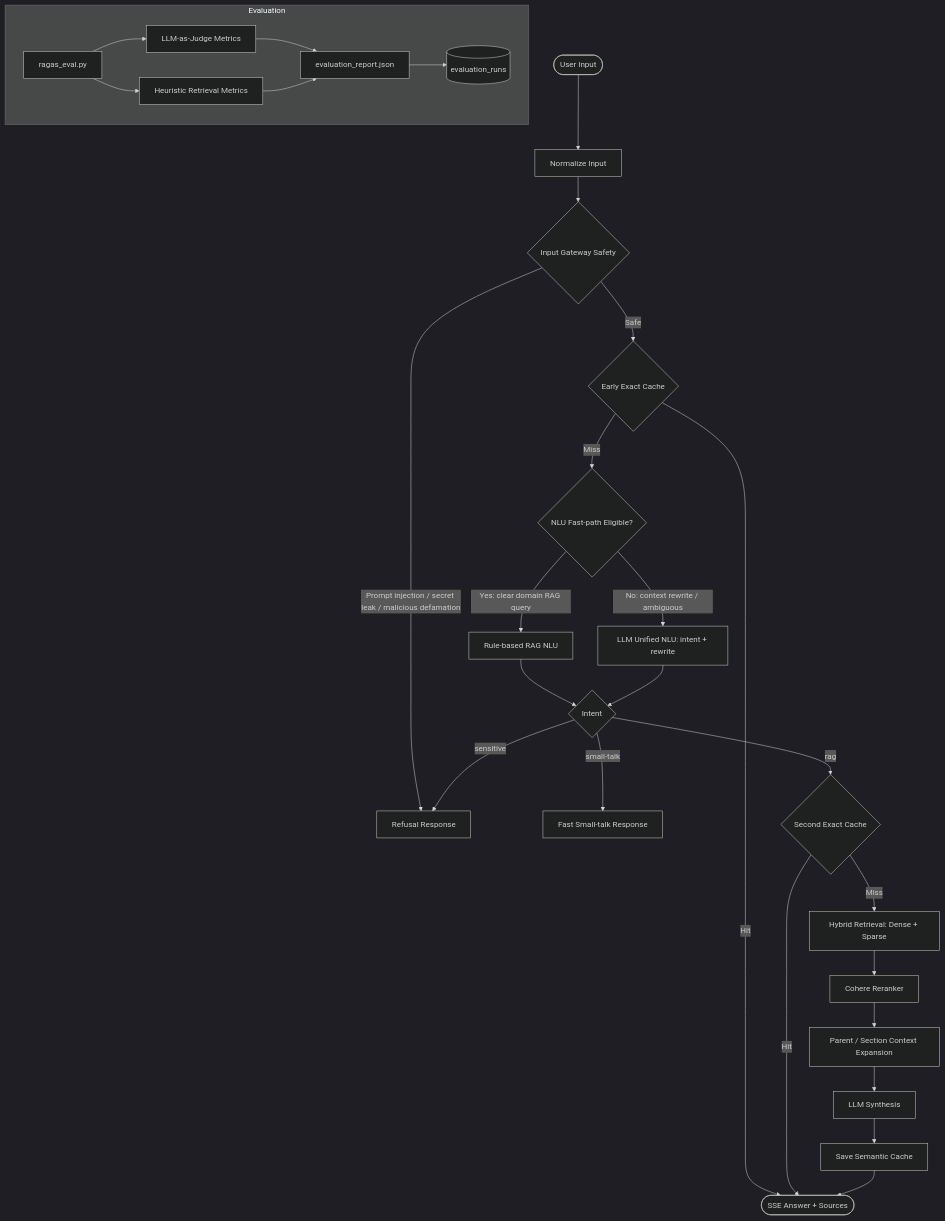
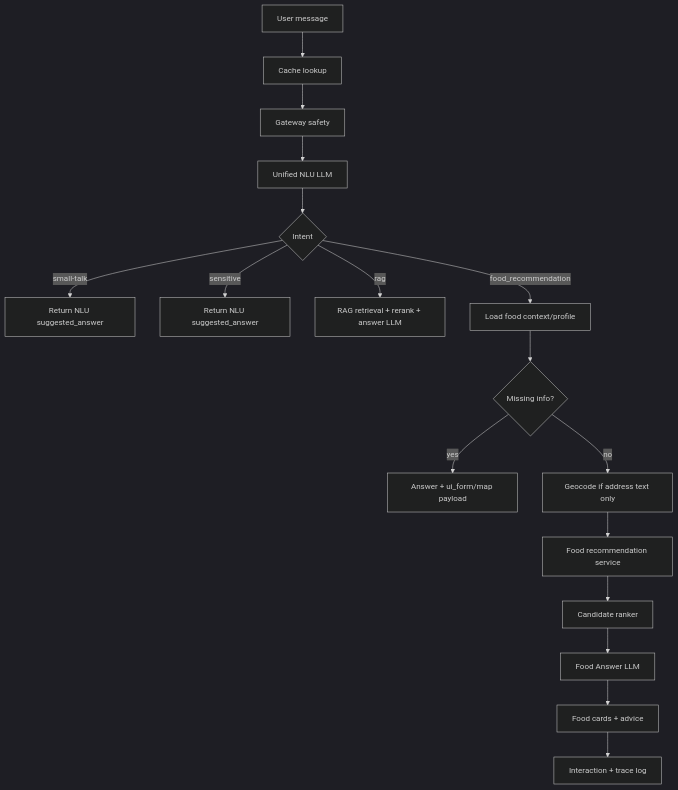
Before and after one commit to dungltcn272/XANH_SM_AI_ASSISTANT_V1: the diagram in docs/PIPELINE.md, drawn with Mermaid (dark theme). The commit also changed other lines of this file and 16 other files, not shown here.

````diff
--- a/docs/PIPELINE.md
+++ b/docs/PIPELINE.md
@@ -7,35 +7,19 @@
 ```mermaid
-graph TD
-    A([User Input]) --> B[Normalize Input]
-    B --> C{Input Gateway Safety}
-    C -- Prompt injection / secret leak / malicious defamation --> X[Refusal Response]
-    C -- Safe --> D{Early Exact Cache}
-
-    D -- Hit --> O([SSE Answer + Sources])
-    D -- Miss --> E{NLU Fast-path Eligible?}
-
-    E -- Yes: clear domain RAG query --> E1[Rule-based RAG NLU]
-    E -- No: context rewrite / ambiguous --> E2[LLM Unified NLU: intent + rewrite]
-
-    E1 --> F{Intent}
-    E2 --> F
-    F -- small-talk --> S[Fast Small-talk Response]
-    F -- sensitive --> X
-    F -- rag --> G{Second Exact Cache}
-
-    G -- Hit --> O
-    G -- Miss --> H[Hybrid Retrieval: Dense + Sparse]
-    H --> I[Cohere Reranker]
-    I --> J[Parent / Section Context Expansion]
-    J --> K[LLM Synthesis]
-    K --> L[Save Semantic Cache]
-    L --> O
-
-    subgraph Evaluation
-      R[ragas_eval.py] --> M[LLM-as-Judge Metrics]
-      R --> N[Heuristic Retrieval Metrics]
-      M --> P[evaluation_report.json]
-      N --> P
-      P --> Q[(evaluation_runs)]
-    end
+flowchart TD
+    U[User message] --> C[Cache lookup]
+    C --> G[Gateway safety]
+    G --> N[Unified NLU LLM]
+    N --> I{Intent}
+    I -- small-talk --> ST[Return NLU suggested_answer]
+    I -- sensitive --> SE[Return NLU suggested_answer]
+    I -- rag --> RAG[RAG retrieval + rerank + answer LLM]
+    I -- food_recommendation --> FC[Load food context/profile]
+    FC --> M{Missing info?}
+    M -- yes --> FORM[Answer + ui_form/map payload]
+    M -- no --> GEO[Geocode if address text only]
+    GEO --> REC[Food recommendation service]
+    REC --> RANK[Candidate ranker]
+    RANK --> FLLM[Food Answer LLM]
+    FLLM --> CARD[Food cards + advice]
+    CARD --> LOG[Interaction + trace log]
 ```
````
